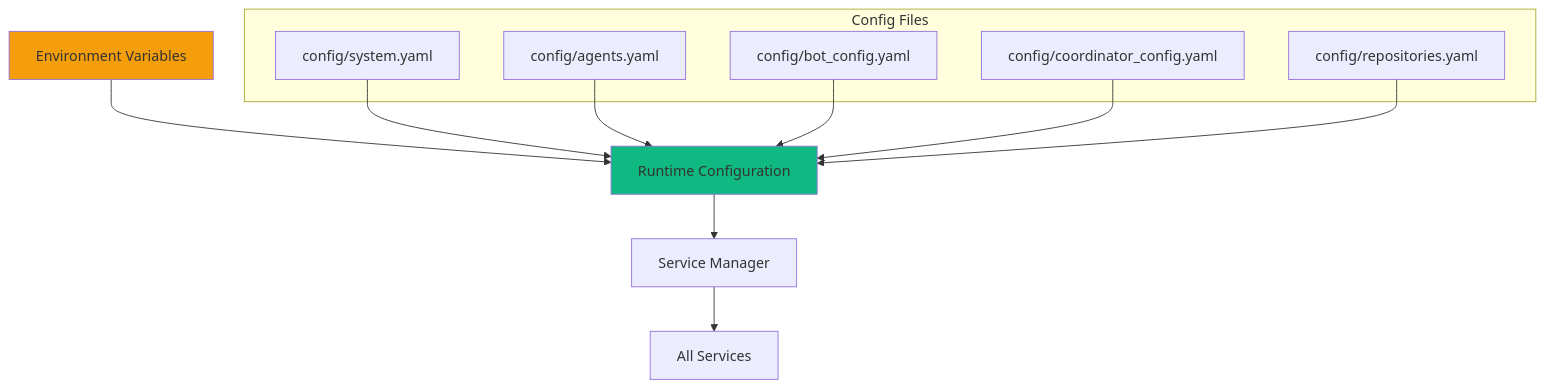
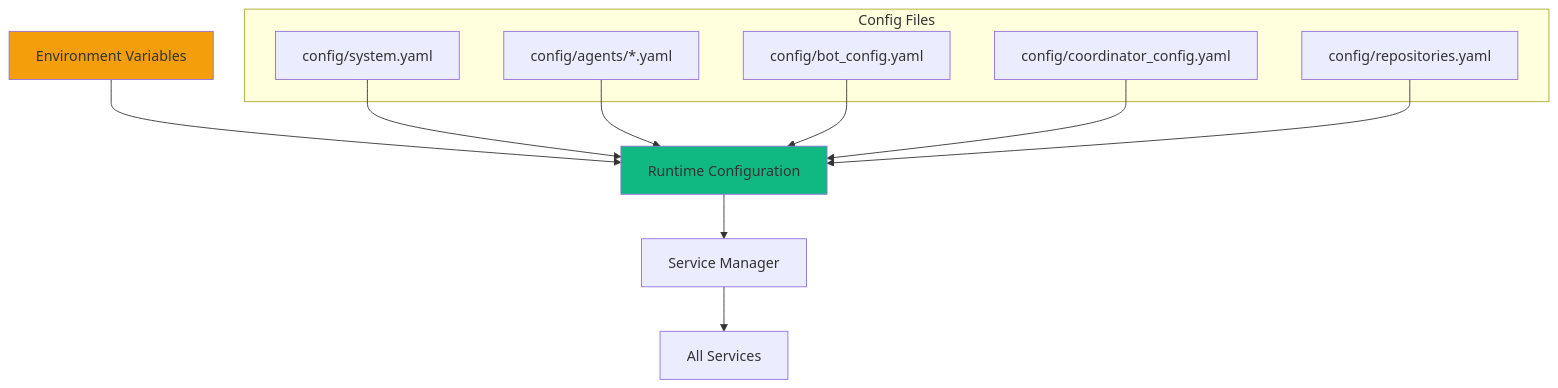
Before and after one commit to m0nk111/agent-forge: the sixth of 13 diagrams in docs/diagrams/data-flow.md, drawn with Mermaid. The commit also changed other lines of this file and 2 other files, not shown here.

First line of the commit message:
docs: fix remaining config/agents.yaml references in TROUBLESHOOTING, diagrams, PORT_REFERENCE

````diff
--- a/docs/diagrams/data-flow.md
+++ b/docs/diagrams/data-flow.md
@@ -214,24 +214,24 @@
 ```mermaid
 graph TD
     ENV[Environment Variables] --> RUNTIME
     
     subgraph "Config Files"
         SYSTEM[config/system.yaml]
-        AGENTS[config/agents.yaml]
+        AGENTS[config/agents/*.yaml]
         BOT[config/bot_config.yaml]
         COORD[config/coordinator_config.yaml]
         REPOS[config/repositories.yaml]
     end
     
     SYSTEM --> RUNTIME[Runtime Configuration]
     AGENTS --> RUNTIME
     BOT --> RUNTIME
     COORD --> RUNTIME
     REPOS --> RUNTIME
     
     RUNTIME --> SM[Service Manager]
     SM --> SERVICES[All Services]
     
     style ENV fill:#f59e0b
     style RUNTIME fill:#10b981
 ```
````
